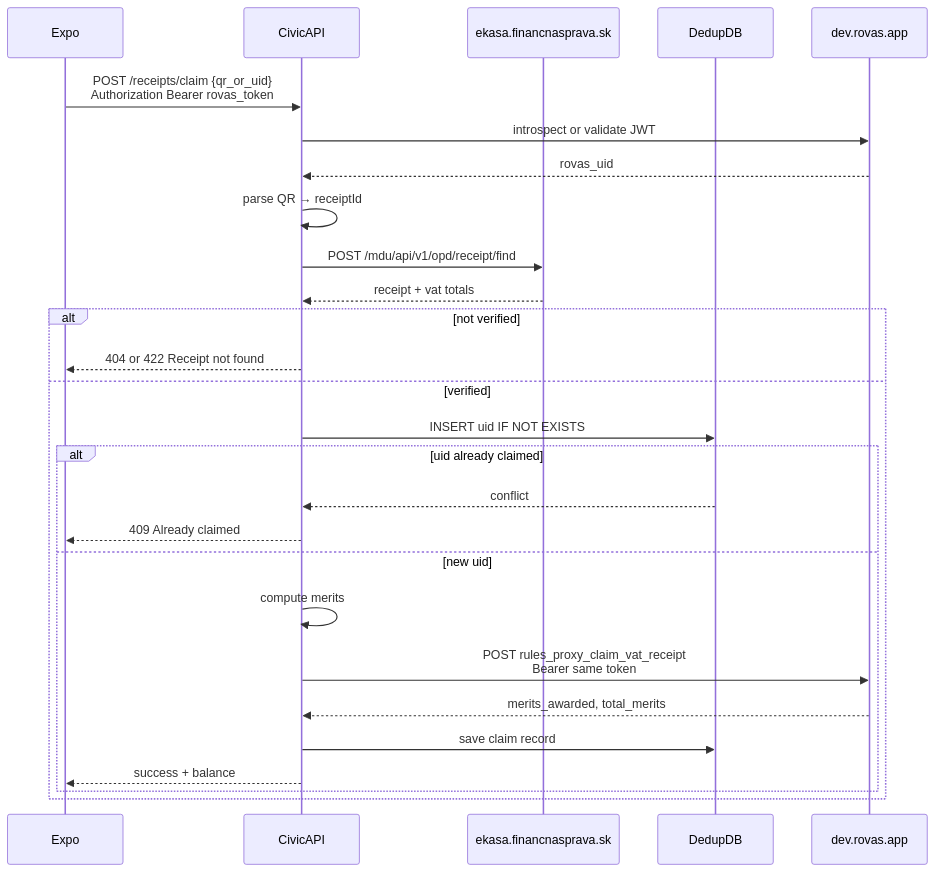
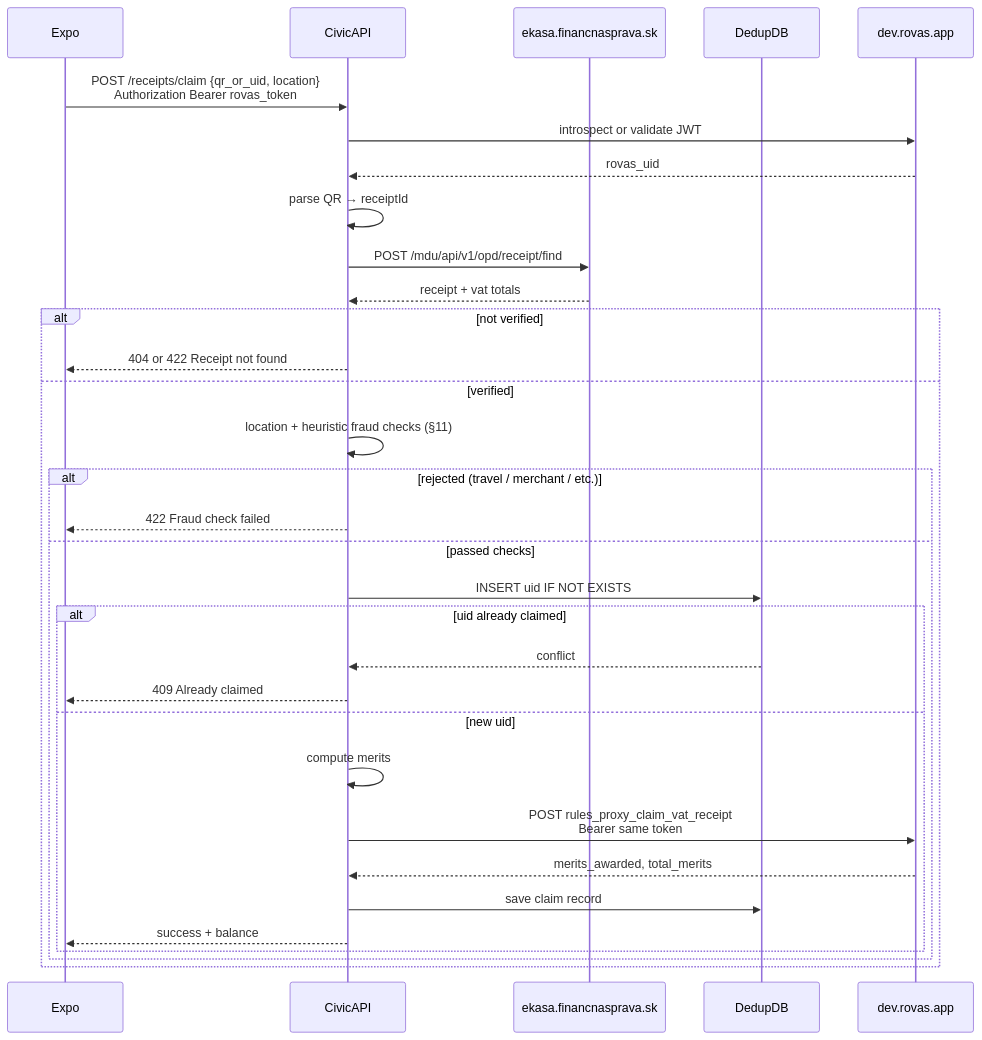
The third of 7 diagrams in docs/plan.md (alexanderzatko/civic), drawn with Mermaid before and after one commit. The commit also changed other lines of this file and 12 other files, not shown here.

````diff
--- a/docs/plan.md
+++ b/docs/plan.md
@@ -317,30 +318,35 @@
 ```mermaid
 sequenceDiagram
     participant App as Expo
     participant API as CivicAPI
     participant FS as ekasa.financnasprava.sk
     participant DB as DedupDB
     participant Rovas as dev.rovas.app
 
-    App->>API: POST /receipts/claim {qr_or_uid}<br/>Authorization Bearer rovas_token
+    App->>API: POST /receipts/claim {qr_or_uid, location}<br/>Authorization Bearer rovas_token
     API->>Rovas: introspect or validate JWT
     Rovas-->>API: rovas_uid
     API->>API: parse QR → receiptId
     API->>FS: POST /mdu/api/v1/opd/receipt/find
     FS-->>API: receipt + vat totals
     alt not verified
         API-->>App: 404 or 422 Receipt not found
     else verified
-        API->>DB: INSERT uid IF NOT EXISTS
-        alt uid already claimed
-            DB-->>API: conflict
-            API-->>App: 409 Already claimed
-        else new uid
-            API->>API: compute merits
-            API->>Rovas: POST rules_proxy_claim_vat_receipt<br/>Bearer same token
-            Rovas-->>API: merits_awarded, total_merits
-            API->>DB: save claim record
-            API-->>App: success + balance
+        API->>API: location + heuristic fraud checks (§11)
+        alt rejected (travel / merchant / etc.)
+            API-->>App: 422 Fraud check failed
+        else passed checks
+            API->>DB: INSERT uid IF NOT EXISTS
+            alt uid already claimed
+                DB-->>API: conflict
+                API-->>App: 409 Already claimed
+            else new uid
+                API->>API: compute merits
+                API->>Rovas: POST rules_proxy_claim_vat_receipt<br/>Bearer same token
+                Rovas-->>API: merits_awarded, total_merits
+                API->>DB: save claim record
+                API-->>App: success + balance
+            end
         end
     end
 ```
````
